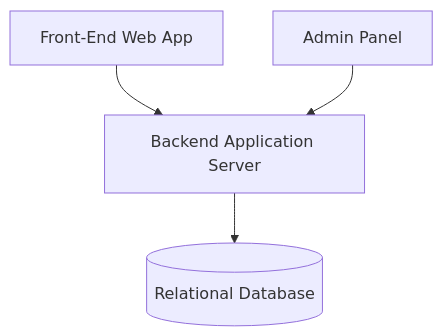
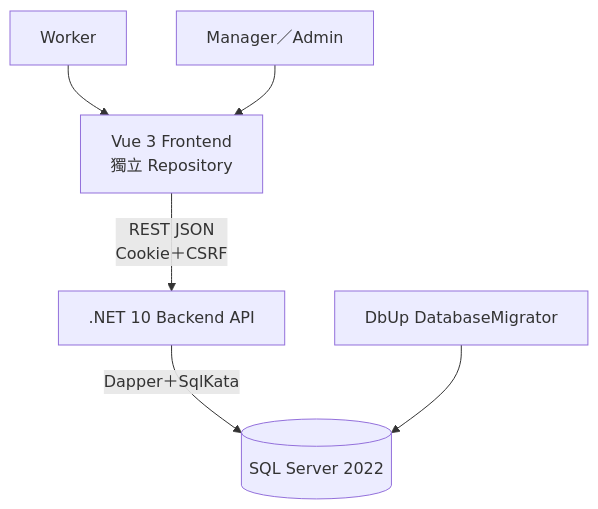
The diagram in Draft/MyWorkItem.md (JJDing-Louis/MyWorkItem_Backend), drawn with Mermaid before and after one commit. The commit also changed other lines of this file and 10 other files, not shown here.

````diff
--- a/Draft/MyWorkItem.md
+++ b/Draft/MyWorkItem.md
@@ -139,6 +158,8 @@
 ```mermaid
 flowchart TD
-    Frontend["Front-End Web App"] --> Backend["Backend Application Server"]
-    Admin["Admin Panel"] --> Backend
-    Backend --> Database[("Relational Database")]
+    Worker["Worker"] --> Frontend["Vue 3 Frontend<br/>獨立 Repository"]
+    Manager["Manager／Admin"] --> Frontend
+    Frontend -->|"REST JSON<br/>Cookie＋CSRF"| Backend[".NET 10 Backend API"]
+    Backend -->|"Dapper＋SqlKata"| Database[("SQL Server 2022")]
+    Migrator["DbUp DatabaseMigrator"] --> Database
 ```
````
